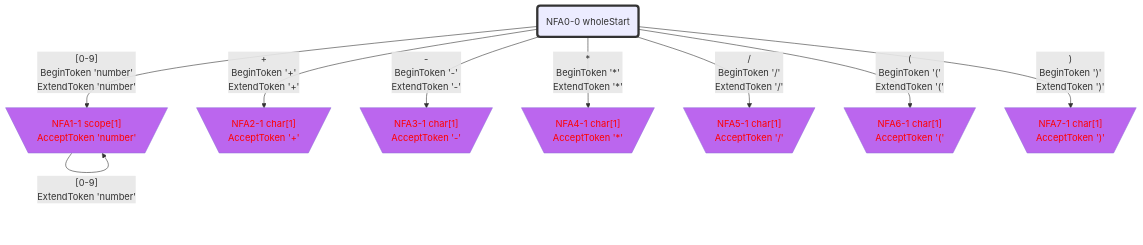
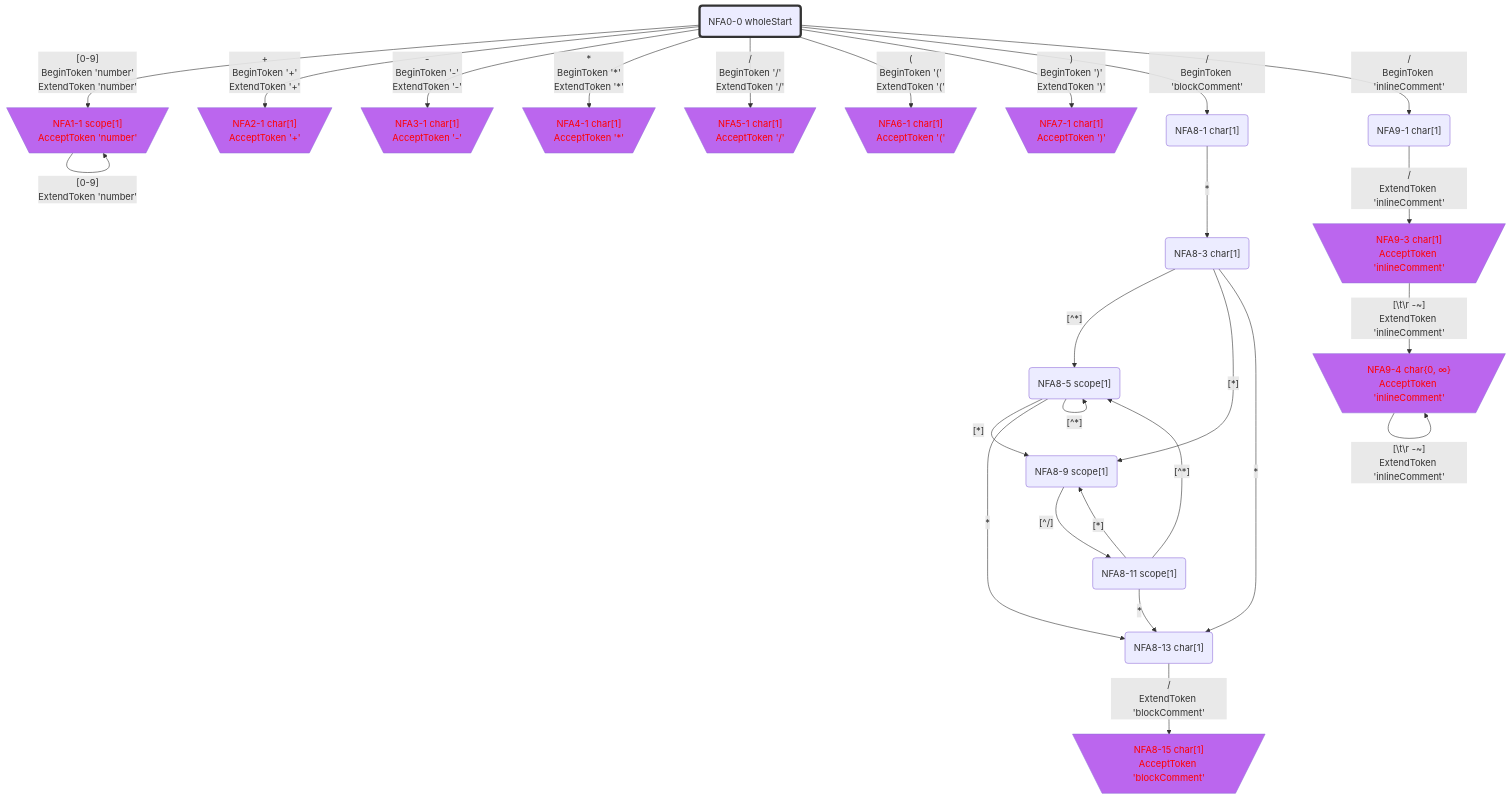
One commit to bitzhuwei/GrammarMentor changed the third of 7 diagrams in Practices/Practice.GeneratedXxxFormat.Test/GeneratedCalc/doc/LexicalStates.gen.md. Above: the diagram before and after it, drawn with Mermaid. The commit also changed other lines of this file and 3868 other files, not shown here.

````diff
--- a/Practices/Practice.GeneratedXxxFormat.Test/GeneratedCalc/doc/LexicalStates.gen.md
+++ b/Practices/Practice.GeneratedXxxFormat.Test/GeneratedCalc/doc/LexicalStates.gen.md
@@ -562,50 +828,89 @@
 classDef c1101 stroke:#333,stroke-width:4px,fill:#BB66EE,color:#FF0000;
 classDef c1110 stroke:#333,stroke-width:4px,fill:#BB66EE,stroke-dasharray: 10 10;
 classDef c1111 stroke:#333,stroke-width:4px,fill:#BB66EE,stroke-dasharray: 10 10,color:#FF0000;
-NFA0_0_27773061("NFA0-0 wholeStart")
-class NFA0_0_27773061 c1000;
-NFA1_1_47825138[\"NFA1-1 scope[1]
+NFA0_0_13862865("NFA0-0 wholeStart")
+class NFA0_0_13862865 c1000;
+NFA1_1_23909939[\"NFA1-1 scope[1]
 AcceptToken 'number'"/]
-class NFA1_1_47825138 c0101;
-NFA2_1_48630964[\"NFA2-1 char[1]
+class NFA1_1_23909939 c0101;
+NFA2_1_57656925[\"NFA2-1 char[1]
 AcceptToken '+'"/]
-class NFA2_1_48630964 c0101;
-NFA3_1_35025494[\"NFA3-1 char[1]
+class NFA2_1_57656925 c0101;
+NFA3_1_49150280[\"NFA3-1 char[1]
 AcceptToken '-'"/]
-class NFA3_1_35025494 c0101;
-NFA4_1_46793998[\"NFA4-1 char[1]
+class NFA3_1_49150280 c0101;
+NFA4_1_39699339[\"NFA4-1 char[1]
 AcceptToken '*'"/]
-class NFA4_1_46793998 c0101;
-NFA5_1_18492804[\"NFA5-1 char[1]
+class NFA4_1_39699339 c0101;
+NFA5_1_21749735[\"NFA5-1 char[1]
 AcceptToken '/'"/]
-class NFA5_1_18492804 c0101;
-NFA6_1_32217513[\"NFA6-1 char[1]
+class NFA5_1_21749735 c0101;
+NFA6_1_61529894[\"NFA6-1 char[1]
 AcceptToken '('"/]
-class NFA6_1_32217513 c0101;
-NFA7_1_21522166[\"NFA7-1 char[1]
+class NFA6_1_61529894 c0101;
+NFA7_1_16898135[\"NFA7-1 char[1]
 AcceptToken ')'"/]
-class NFA7_1_21522166 c0101;
-NFA0_0_27773061 -->|"[0-9]
+class NFA7_1_16898135 c0101;
+NFA8_1_17865493("NFA8-1 char[1]")
+NFA9_1_26571712("NFA9-1 char[1]")
+NFA8_3_4825033("NFA8-3 char[1]")
+NFA9_3_37818817[\"NFA9-3 char[1]
+AcceptToken 'inlineComment'"/]
+class NFA9_3_37818817 c0101;
+NFA8_5_55283354("NFA8-5 scope[1]")
+NFA8_9_43425297("NFA8-9 scope[1]")
+NFA8_13_27788141("NFA8-13 char[1]")
+NFA9_4_48766684[\"NFA9-4 char{0, ∞}
+AcceptToken 'inlineComment'"/]
+class NFA9_4_48766684 c0101;
+NFA8_11_57787318("NFA8-11 scope[1]")
+NFA8_15_36246974[\"NFA8-15 char[1]
+AcceptToken 'blockComment'"/]
+class NFA8_15_36246974 c0101;
+NFA0_0_13862865 -->|"[0-9]
 BeginToken 'number'
-ExtendToken 'number'"|NFA1_1_47825138
-NFA0_0_27773061 -->|"+
+ExtendToken 'number'"|NFA1_1_23909939
+NFA0_0_13862865 -->|"+
 BeginToken '+'
-ExtendToken '+'"|NFA2_1_48630964
-NFA0_0_27773061 -->|"-
+ExtendToken '+'"|NFA2_1_57656925
+NFA0_0_13862865 -->|"-
 BeginToken '-'
-ExtendToken '-'"|NFA3_1_35025494
-NFA0_0_27773061 -->|"*
+ExtendToken '-'"|NFA3_1_49150280
+NFA0_0_13862865 -->|"*
 BeginToken '*'
-ExtendToken '*'"|NFA4_1_46793998
-NFA0_0_27773061 -->|"/
+ExtendToken '*'"|NFA4_1_39699339
+NFA0_0_13862865 -->|"/
 BeginToken '/'
-ExtendToken '/'"|NFA5_1_18492804
-NFA0_0_27773061 -->|"(
+ExtendToken '/'"|NFA5_1_21749735
+NFA0_0_13862865 -->|"(
 BeginToken '('
-ExtendToken '('"|NFA6_1_32217513
-NFA0_0_27773061 -->|")
+ExtendToken '('"|NFA6_1_61529894
+NFA0_0_13862865 -->|")
 BeginToken ')'
-ExtendToken ')'"|NFA7_1_21522166
-NFA1_1_47825138 -->|"[0-9]
-ExtendToken 'number'"|NFA1_1_47825138
+ExtendToken ')'"|NFA7_1_16898135
+NFA0_0_13862865 -->|"/
+BeginToken 'blockComment'"|NFA8_1_17865493
+NFA0_0_13862865 -->|"/
+BeginToken 'inlineComment'"|NFA9_1_26571712
+NFA1_1_23909939 -->|"[0-9]
+ExtendToken 'number'"|NFA1_1_23909939
+NFA8_1_17865493 -->|"*"|NFA8_3_4825033
+NFA9_1_26571712 -->|"/
+ExtendToken 'inlineComment'"|NFA9_3_37818817
+NFA8_3_4825033 -->|"[^*]"|NFA8_5_55283354
+NFA8_3_4825033 -->|"[*]"|NFA8_9_43425297
+NFA8_3_4825033 -->|"*"|NFA8_13_27788141
+NFA9_3_37818817 -->|"[#92;t#92;r#32;-~]
+ExtendToken 'inlineComment'"|NFA9_4_48766684
+NFA8_5_55283354 -->|"[^*]"|NFA8_5_55283354
+NFA8_5_55283354 -->|"[*]"|NFA8_9_43425297
+NFA8_5_55283354 -->|"*"|NFA8_13_27788141
+NFA8_9_43425297 -->|"[^/]"|NFA8_11_57787318
+NFA8_13_27788141 -->|"/
+ExtendToken 'blockComment'"|NFA8_15_36246974
+NFA9_4_48766684 -->|"[#92;t#92;r#32;-~]
+ExtendToken 'inlineComment'"|NFA9_4_48766684
+NFA8_11_57787318 -->|"[^*]"|NFA8_5_55283354
+NFA8_11_57787318 -->|"[*]"|NFA8_9_43425297
+NFA8_11_57787318 -->|"*"|NFA8_13_27788141
 ```
````
